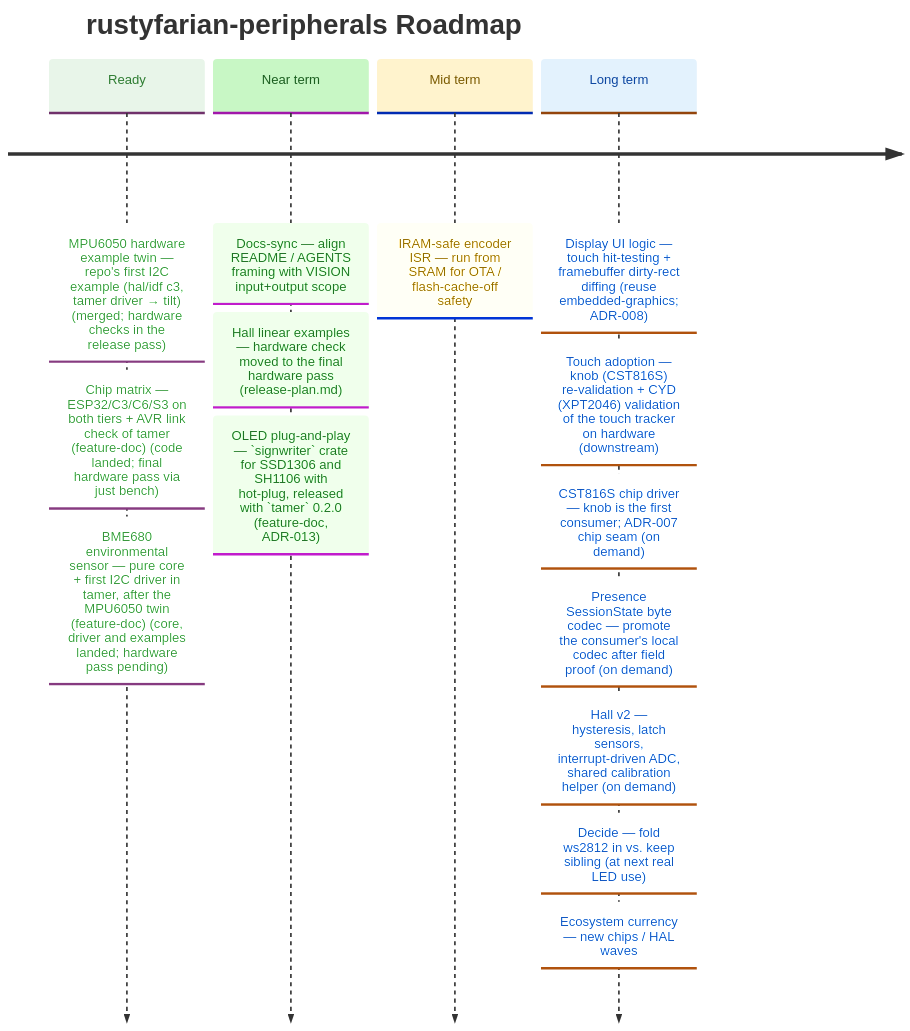
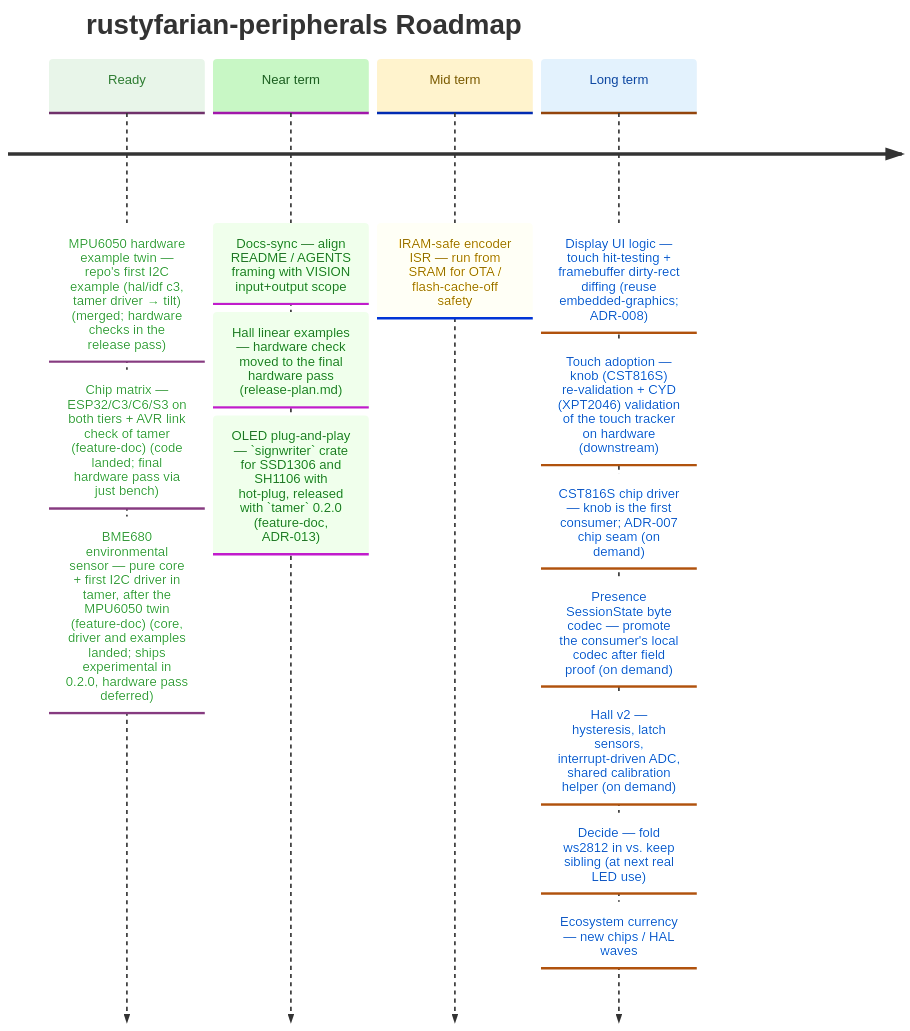
Before and after one commit to datenkollektiv/rustyfarian-peripherals: the diagram in docs/ROADMAP.md, drawn with Mermaid. The commit also changed other lines of this file and 5 other files, not shown here.

````diff
--- a/docs/ROADMAP.md
+++ b/docs/ROADMAP.md
@@ -10,36 +10,36 @@
 ```mermaid
 %%{init: {
   "theme": "base",
   "themeVariables": {
     "cScale0": "#e8f5e9",
     "cScaleLabel0": "#2e7d32",
     "cScale1": "#c8f7c5",
     "cScaleLabel1": "#1b5e20",
     "cScale2": "#fff3cd",
     "cScaleLabel2": "#7a5a00",
     "cScale3": "#e3f2fd",
     "cScaleLabel3": "#0d47a1"
   }
 }}%%
 
 timeline
     title rustyfarian-peripherals Roadmap
 
     Ready     : MPU6050 hardware example twin — repo's first I2C example (hal/idf c3, tamer driver → tilt) (merged; hardware checks in the release pass)
               : Chip matrix — ESP32/C3/C6/S3 on both tiers + AVR link check of tamer (feature-doc) (code landed; final hardware pass via just bench)
-              : BME680 environmental sensor — pure core + first I2C driver in tamer, after the MPU6050 twin (feature-doc) (core, driver and examples landed; hardware pass pending)
+              : BME680 environmental sensor — pure core + first I2C driver in tamer, after the MPU6050 twin (feature-doc) (core, driver and examples landed; ships experimental in 0.2.0, hardware pass deferred)
 
     Near term : Docs-sync — align README / AGENTS framing with VISION input+output scope
               : Hall linear examples — hardware check moved to the final hardware pass (release-plan.md)
               : OLED plug-and-play — `signwriter` crate for SSD1306 and SH1106 with hot-plug, released with `tamer` 0.2.0 (feature-doc, ADR-013)
 
     Mid term  : IRAM-safe encoder ISR — run from SRAM for OTA / flash-cache-off safety
 
     Long term : Display UI logic — touch hit-testing + framebuffer dirty-rect diffing (reuse embedded-graphics; ADR-008)
               : Touch adoption — knob (CST816S) re-validation + CYD (XPT2046) validation of the touch tracker on hardware (downstream)
               : CST816S chip driver — knob is the first consumer; ADR-007 chip seam (on demand)
               : Presence SessionState byte codec — promote the consumer's local codec after field proof (on demand)
               : Hall v2 — hysteresis, latch sensors, interrupt-driven ADC, shared calibration helper (on demand)
               : Decide — fold ws2812 in vs. keep sibling (at next real LED use)
               : Ecosystem currency — new chips / HAL waves
 ```
````
